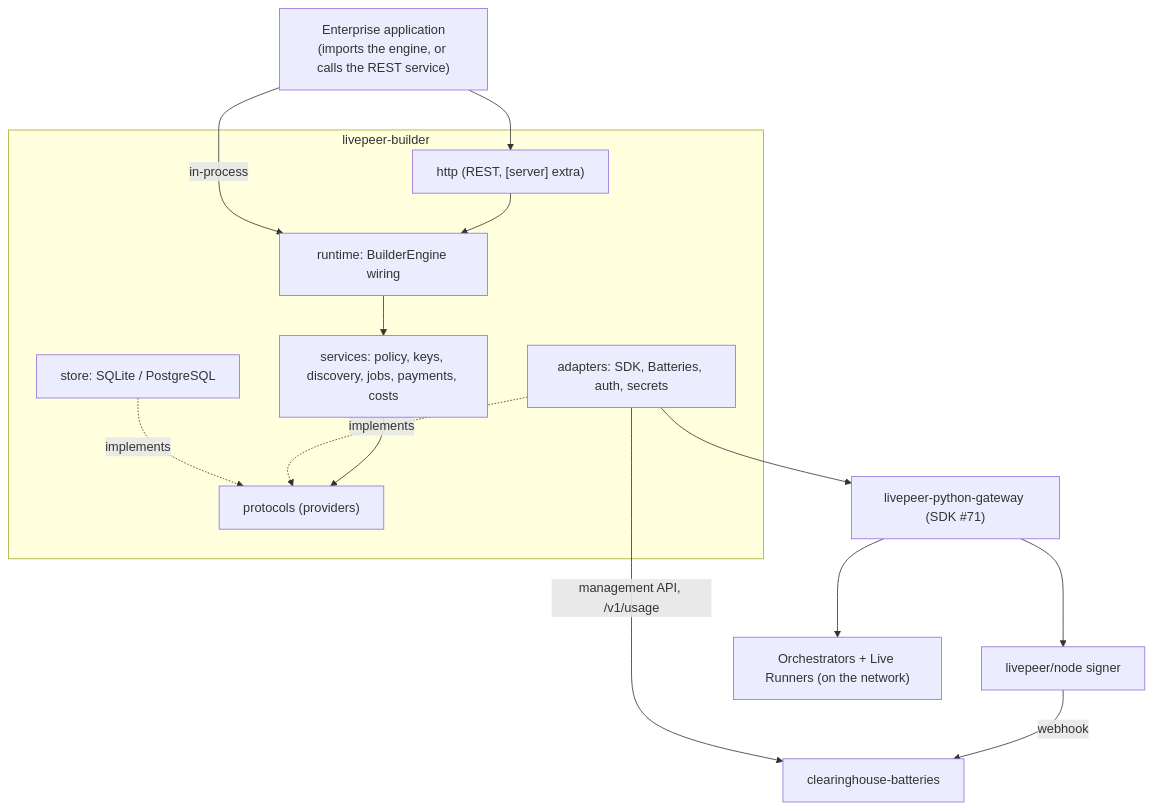
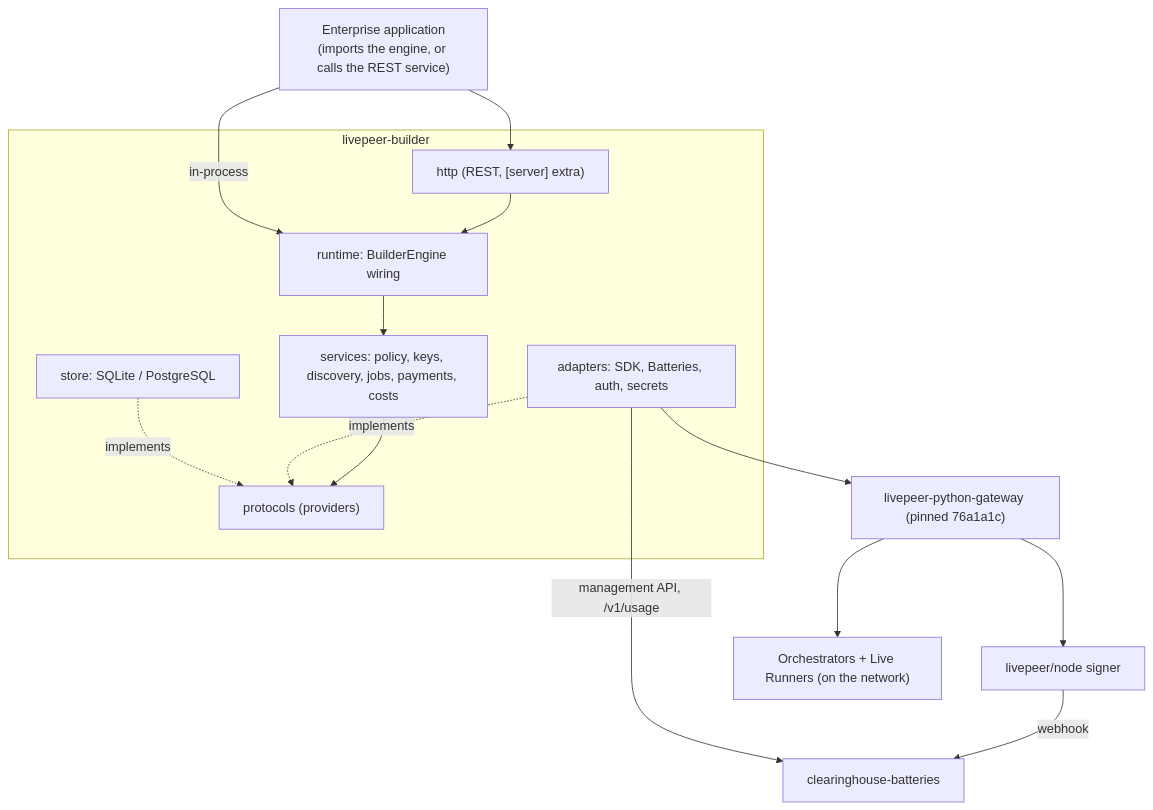
The diagram in ARCHITECTURE.md (NE-Build-Track/livepeer-builder-core), drawn with Mermaid before and after one commit. The commit also changed other lines of this file and 20 other files, not shown here.

````diff
--- a/ARCHITECTURE.md
+++ b/ARCHITECTURE.md
@@ -7,24 +7,24 @@
 ```mermaid
 flowchart TB
     App["Enterprise application<br/>(imports the engine, or calls the REST service)"]
     subgraph Engine["livepeer-builder"]
         HTTP["http (REST, [server] extra)"]
         RT["runtime: BuilderEngine wiring"]
         SVC["services: policy, keys, discovery, jobs, payments, costs"]
         PROV["protocols (providers)"]
         AD["adapters: SDK, Batteries, auth, secrets"]
         ST["store: SQLite / PostgreSQL"]
     end
-    SDK["livepeer-python-gateway (SDK #71)"]
+    SDK["livepeer-python-gateway (pinned 76a1a1c)"]
     Signer["livepeer/node signer"]
     Bat["clearinghouse-batteries"]
     Orch["Orchestrators + Live Runners (on the network)"]
     App --> HTTP --> RT
     App -->|"in-process"| RT
     RT --> SVC --> PROV
     AD -.implements.-> PROV
     ST -.implements.-> PROV
     AD --> SDK --> Signer -->|"webhook"| Bat
     SDK --> Orch
     AD -->|"management API, /v1/usage"| Bat
 ```
````
